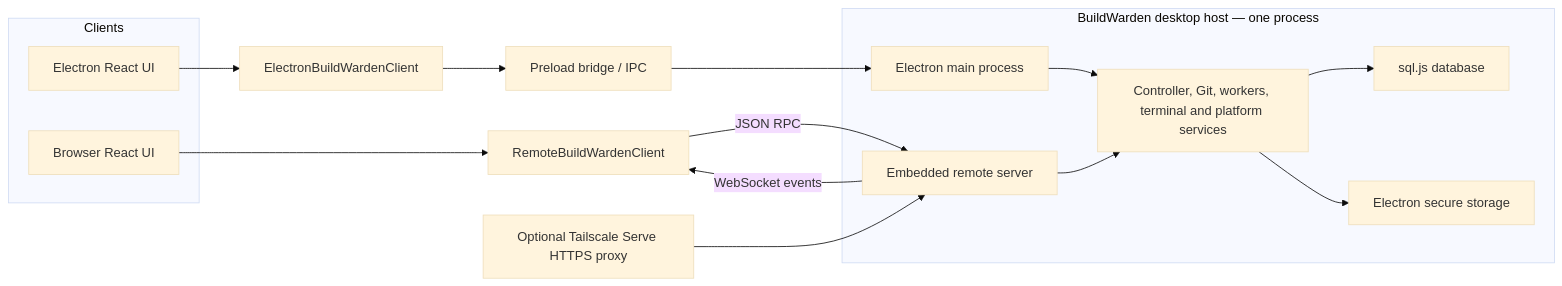
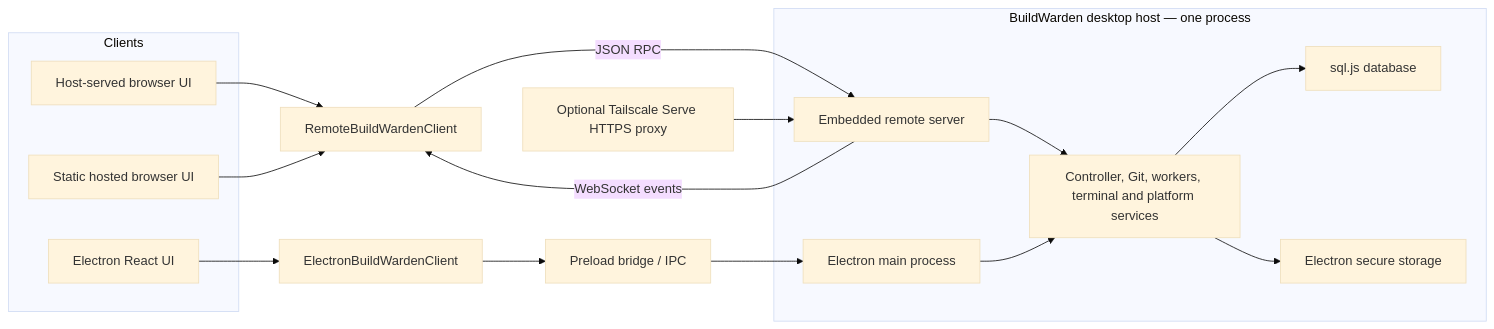
One commit to invetalcom/buildwarden changed the diagram in README.md. Above: the diagram before and after it, drawn with Mermaid (base theme). The commit also changed other lines of this file and 200 other files, not shown here.

Commit message:
Add standalone web client for remote access (#58)

````diff
--- a/README.md
+++ b/README.md
@@ -59,29 +63,31 @@
 ```mermaid
 flowchart LR
     subgraph Clients
         Electron["Electron React UI"]
-        Browser["Browser React UI"]
+        Browser["Host-served browser UI"]
+        Hosted["Static hosted browser UI"]
     end
 
     Electron --> ElectronClient["ElectronBuildWardenClient"]
     ElectronClient --> Preload["Preload bridge / IPC"]
 
     Browser --> RemoteClient["RemoteBuildWardenClient"]
+    Hosted --> RemoteClient
 
     subgraph Host["BuildWarden desktop host — one process"]
         Server["Embedded remote server"]
         Main["Electron main process"]
         Services["Controller, Git, workers, terminal and platform services"]
         DB["sql.js database"]
         Secrets["Electron secure storage"]
         Server --> Services
         Main --> Services
         Services --> DB
         Services --> Secrets
     end
 
     RemoteClient -->|"JSON RPC"| Server
     Server -->|"WebSocket events"| RemoteClient
     Tailscale["Optional Tailscale Serve HTTPS proxy"] --> Server
     Preload --> Main
 ```
````
